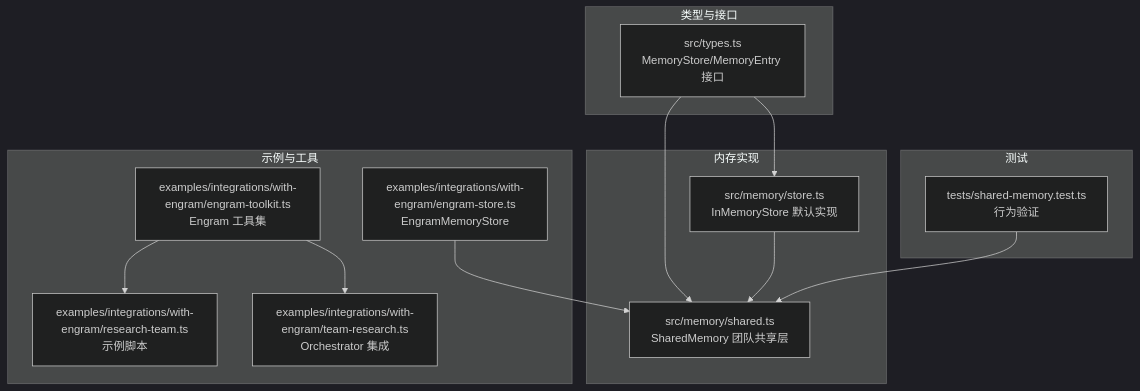
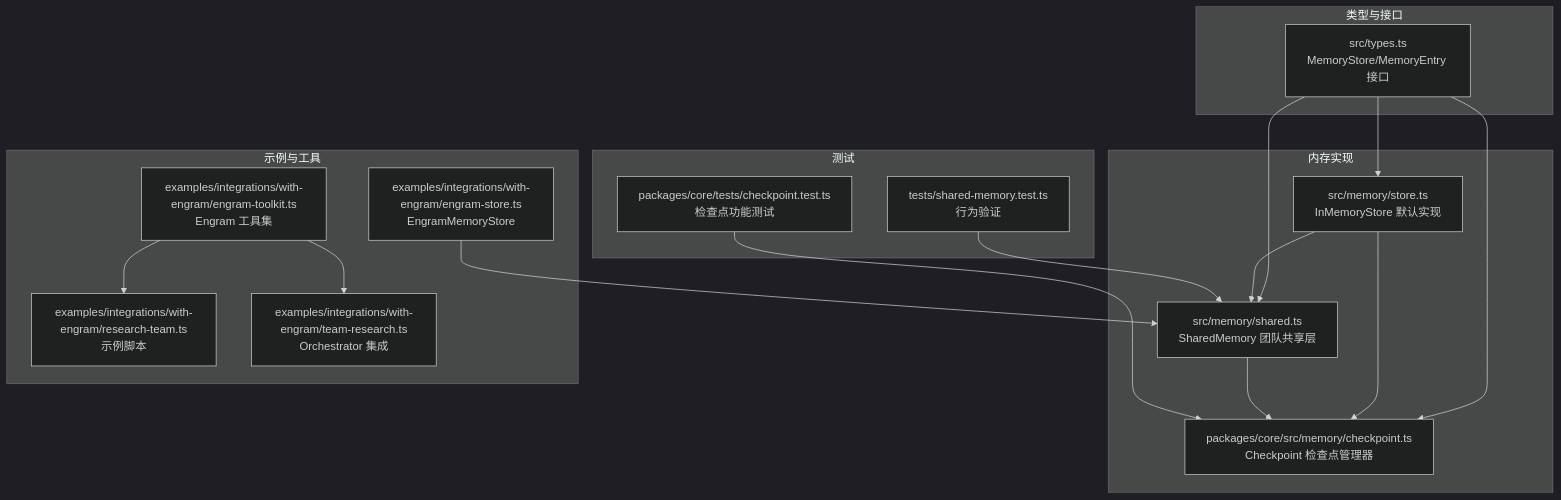
The first of 5 diagrams in .qoder/repowiki/zh/content/内存管理.md (haolange/open-multi-agent), drawn with Mermaid (dark theme) before and after one commit. The commit also changed other lines of this file and 7 other files, not shown here.

````diff
--- a/.qoder/repowiki/zh/content/内存管理.md
+++ b/.qoder/repowiki/zh/content/内存管理.md
@@ -46,26 +61,32 @@
 ```mermaid
 graph TB
 subgraph "类型与接口"
 T["src/types.ts<br/>MemoryStore/MemoryEntry 接口"]
 end
 subgraph "内存实现"
 IS["src/memory/store.ts<br/>InMemoryStore 默认实现"]
 SM["src/memory/shared.ts<br/>SharedMemory 团队共享层"]
+CP["packages/core/src/memory/checkpoint.ts<br/>Checkpoint 检查点管理器"]
 end
 subgraph "示例与工具"
 ES["examples/integrations/with-engram/engram-store.ts<br/>EngramMemoryStore"]
 ET["examples/integrations/with-engram/engram-toolkit.ts<br/>Engram 工具集"]
 ER["examples/integrations/with-engram/research-team.ts<br/>示例脚本"]
 ERT["examples/integrations/with-engram/team-research.ts<br/>Orchestrator 集成"]
 end
 subgraph "测试"
-TS["tests/shared-memory.test.ts<br/>行为验证"]
+STS["tests/shared-memory.test.ts<br/>行为验证"]
+CTS["packages/core/tests/checkpoint.test.ts<br/>检查点功能测试"]
 end
 T --> IS
 T --> SM
+T --> CP
 IS --> SM
+IS --> CP
+SM --> CP
 ES --> SM
 ET --> ER
 ET --> ERT
-TS --> SM
+STS --> SM
+CTS --> CP
 ```
````
